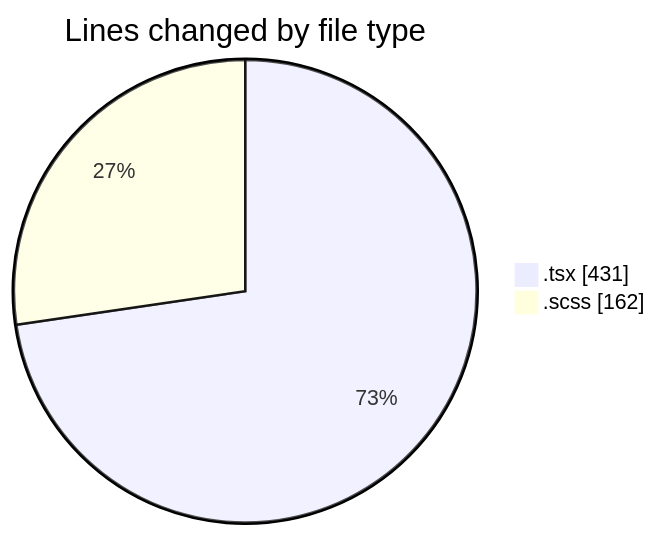
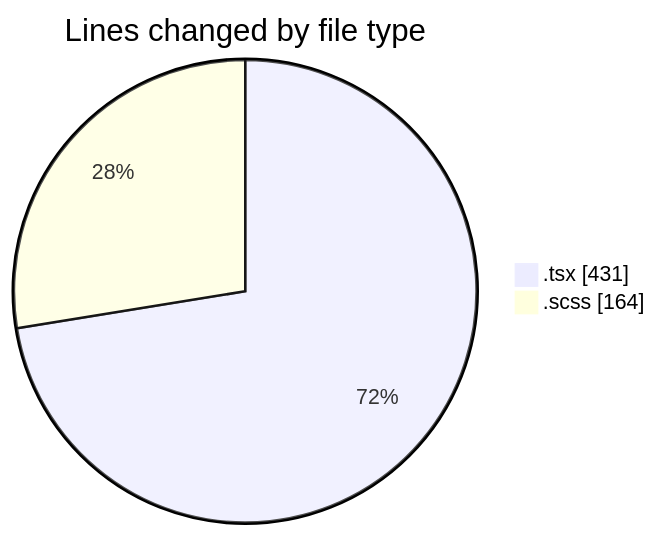
One commit to momahboobian/code-tracking changed the first of 2 diagrams in 2026-04-16/cda/README.md. Above: the diagram before and after it, drawn with Mermaid. The commit also changed other lines of this file and 1 other file, not shown here.

````diff
--- a/2026-04-16/cda/README.md
+++ b/2026-04-16/cda/README.md
@@ -23,6 +23,6 @@
 ```mermaid
 pie showData
 title Lines changed by file type
 ".tsx" : 431
-".scss" : 162
+".scss" : 164
 ```
````
